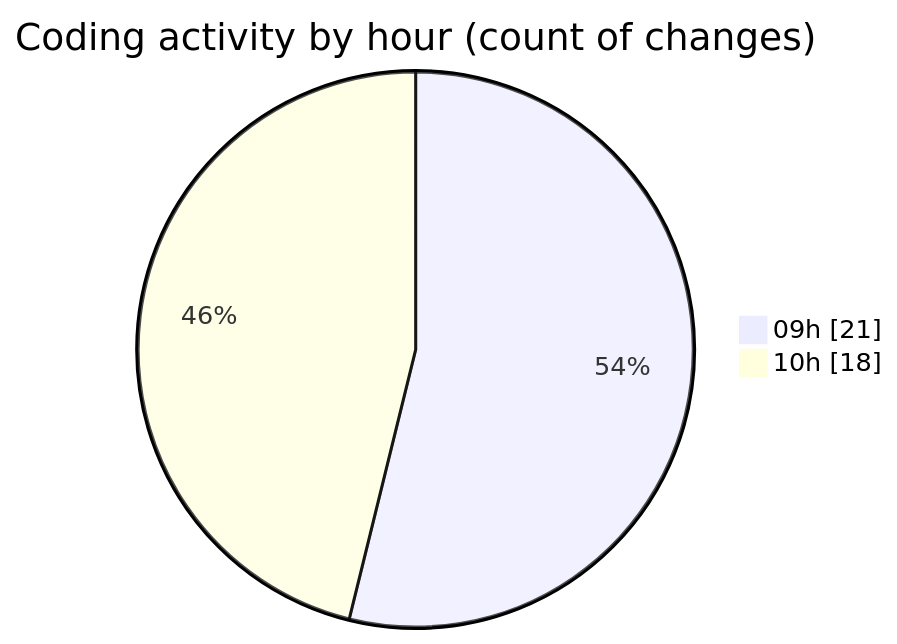
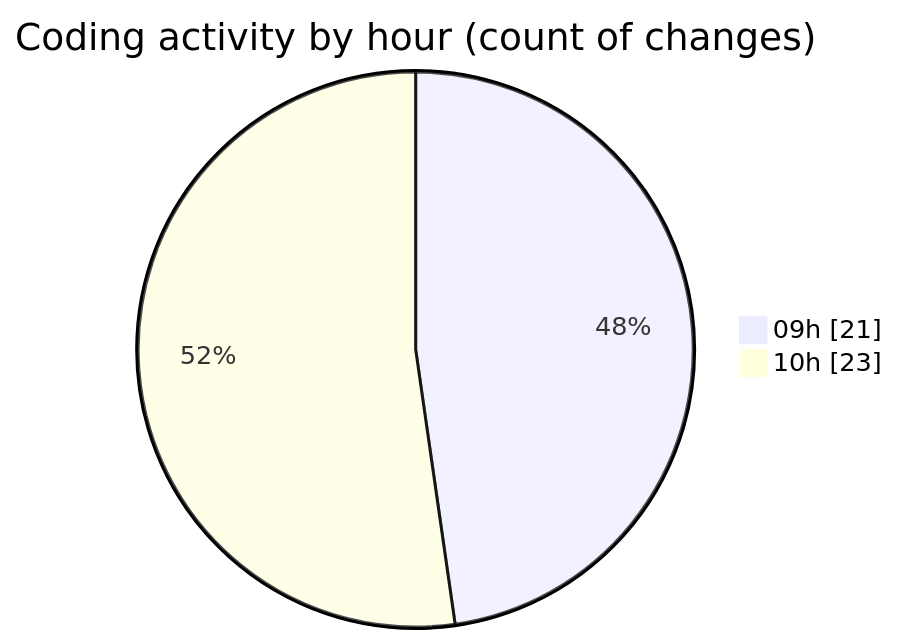
One commit to momahboobian/code-tracking changed the second of 2 diagrams in 2025-09-09/cda/README.md. Above: the diagram before and after it, drawn with Mermaid. The commit also changed other lines of this file and 1 other file, not shown here.

````diff
--- a/2025-09-09/cda/README.md
+++ b/2025-09-09/cda/README.md
@@ -40,6 +45,6 @@
 ```mermaid
 pie showData
 title Coding activity by hour (count of changes)
 "09h" : 21
-"10h" : 18
+"10h" : 23
 ```
````
